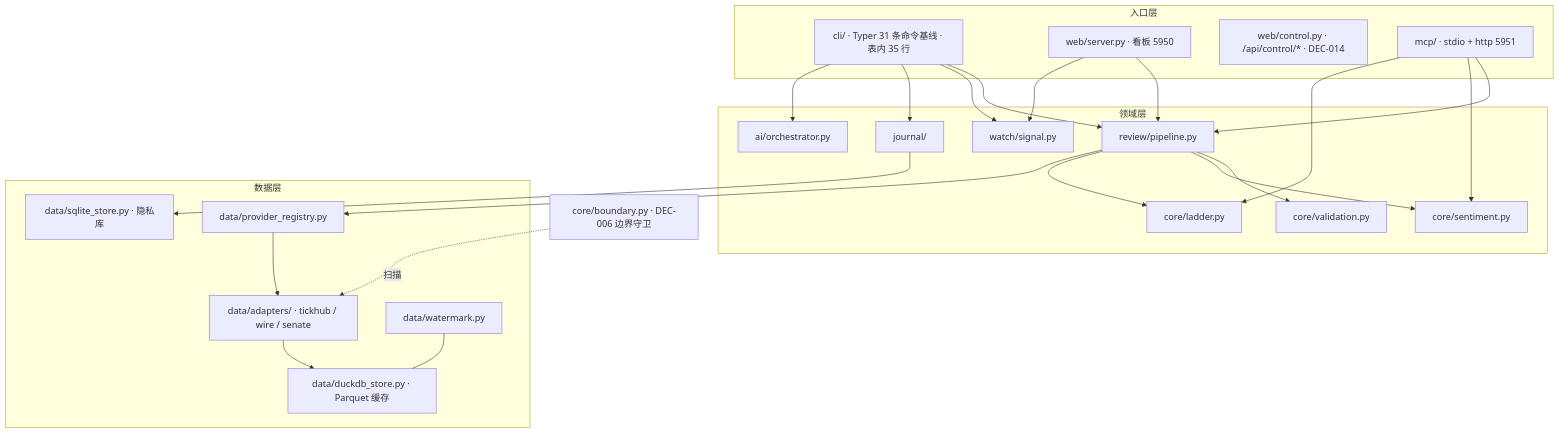
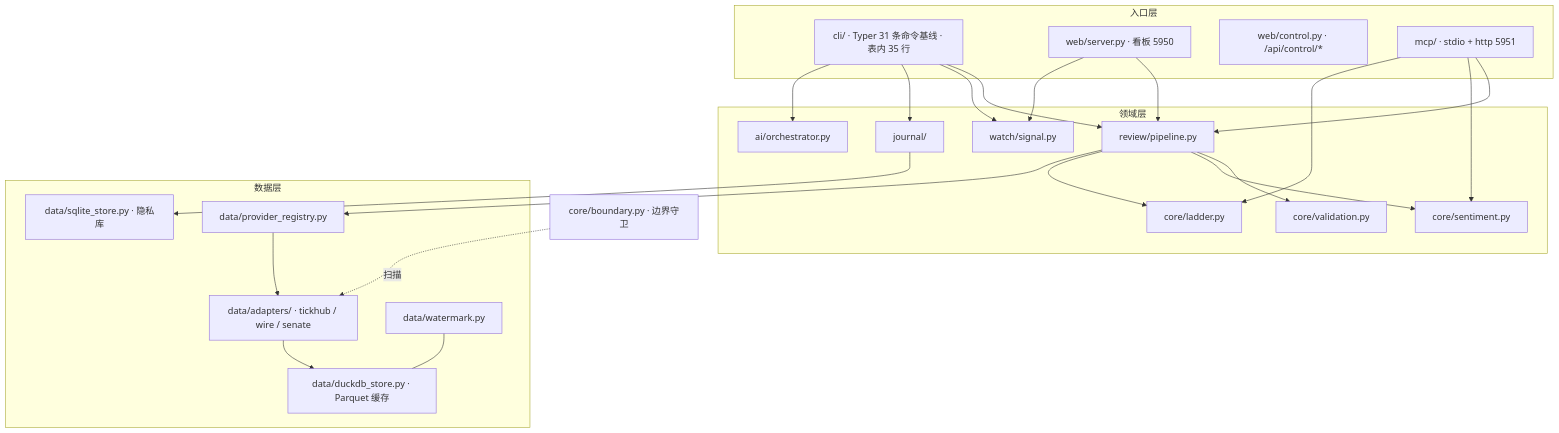
The diagram in docs/ARCHITECTURE.md (QuotaFuse-ai/LadderStock), drawn with Mermaid before and after one commit. The commit also changed other lines of this file and 27 other files, not shown here.

````diff
--- a/docs/ARCHITECTURE.md
+++ b/docs/ARCHITECTURE.md
@@ -8,35 +8,35 @@
 ```mermaid
 flowchart TB
   subgraph 入口层
     CLI[cli/ · Typer 31 条命令基线 · 表内 35 行]
     WEB[web/server.py · 看板 5950]
-    CTRL[web/control.py · /api/control/* · DEC-014]
+    CTRL[web/control.py · /api/control/*]
     MCP[mcp/ · stdio + http 5951]
   end
   subgraph 领域层
     REVIEW[review/pipeline.py]
     VALID[core/validation.py]
     SENTI[core/sentiment.py]
     LADDER[core/ladder.py]
     WATCH[watch/signal.py]
     JOURNAL[journal/]
     AI[ai/orchestrator.py]
   end
   subgraph 数据层
     REG[data/provider_registry.py]
     ADAPT[data/adapters/ · tickhub / wire / senate]
     DUCK[data/duckdb_store.py · Parquet 缓存]
     SQ[data/sqlite_store.py · 隐私库]
     WM[data/watermark.py]
   end
-  BOUND[core/boundary.py · DEC-006 边界守卫]
+  BOUND[core/boundary.py · 边界守卫]
   CLI --> REVIEW & WATCH & JOURNAL & AI
   WEB --> REVIEW & WATCH
   MCP --> REVIEW & SENTI & LADDER
   REVIEW --> VALID & SENTI & LADDER
   REVIEW --> REG
   REG --> ADAPT --> DUCK
   WM --- DUCK
   JOURNAL --> SQ
   BOUND -. 扫描 .-> ADAPT
 ```
````
